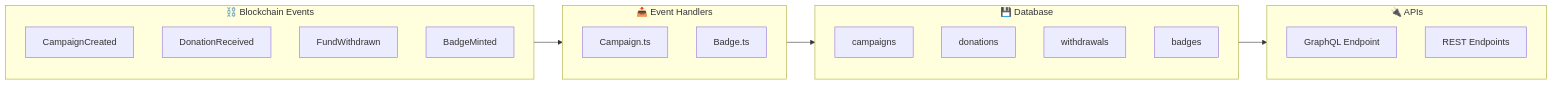
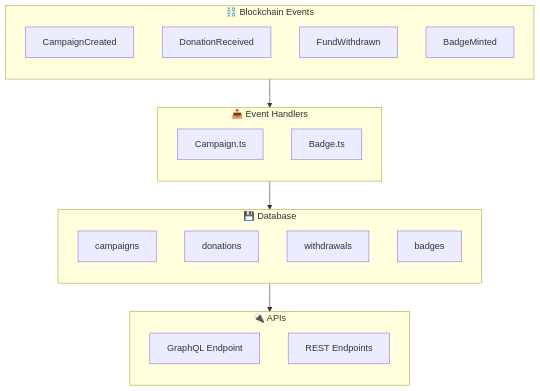
One commit to CrowdFUNding-Base/SC changed the fifth of 8 diagrams in pitching/Architecture/2. System Architecture.md. Above: the diagram before and after it, drawn with Mermaid.

Commit message:
fix(indexer): make it TB

````diff
--- a/pitching/Architecture/2. System Architecture.md
+++ b/pitching/Architecture/2. System Architecture.md
@@ -197,34 +197,34 @@
 ```mermaid
-flowchart LR
+flowchart TB
     subgraph Blockchain["⛓️ Blockchain Events"]
         direction TB
         CampaignCreated["CampaignCreated"]
         DonationReceived["DonationReceived"]
         FundWithdrawn["FundWithdrawn"]
         BadgeMinted["BadgeMinted"]
     end
 
     subgraph Handlers["📥 Event Handlers"]
         direction TB
         CampaignHandler["Campaign.ts"]
         BadgeHandler["Badge.ts"]
     end
 
     subgraph Database["💾 Database"]
         direction TB
         Campaigns["campaigns"]
         Donations["donations"]
         Withdrawals["withdrawals"]
         Badges["badges"]
     end
 
     subgraph APIs["🔌 APIs"]
         direction TB
         GraphQL["GraphQL Endpoint"]
         REST["REST Endpoints"]
     end
 
     Blockchain --> Handlers
     Handlers --> Database
     Database --> APIs
 ```
````
